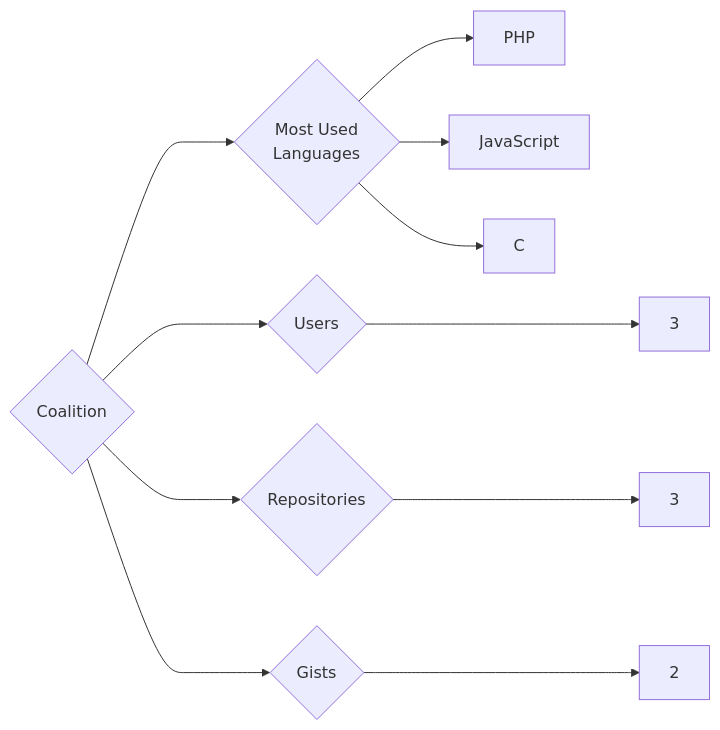
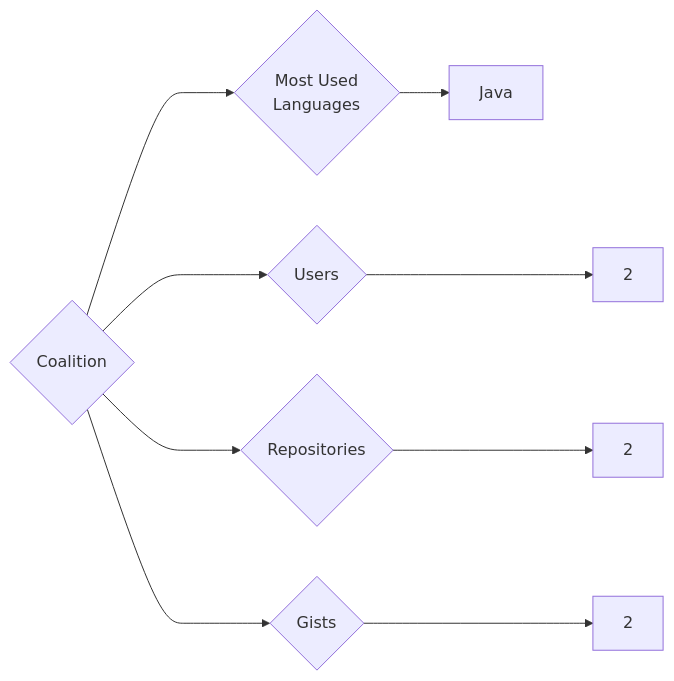
One commit to trickest/insiders changed the diagram in targets/Coalition/README.md. Above: the diagram before and after it, drawn with Mermaid. The commit also changed 1149 other files, not shown here.

````diff
--- a/targets/Coalition/README.md
+++ b/targets/Coalition/README.md
@@ -3,11 +3,9 @@
 ```mermaid
 graph LR
 COMPANY_NAME{Coalition}
-COMPANY_NAME ---> U{Users} ---> UN[3]
-COMPANY_NAME ---> R{Repositories} ---> RN[3]
+COMPANY_NAME ---> U{Users} ---> UN[2]
+COMPANY_NAME ---> R{Repositories} ---> RN[2]
 COMPANY_NAME ---> G{Gists} ---> GN[2]
 COMPANY_NAME ---> ML{Most Used<br>Languages}
-ML --> PHP[PHP]
-ML --> JavaScript[JavaScript]
-ML --> C[C]
+ML --> Java[Java]
 ```
````
